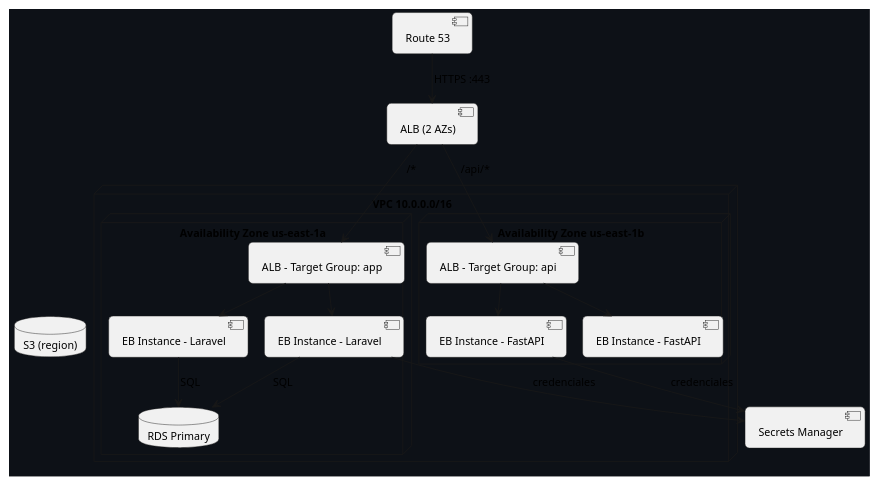
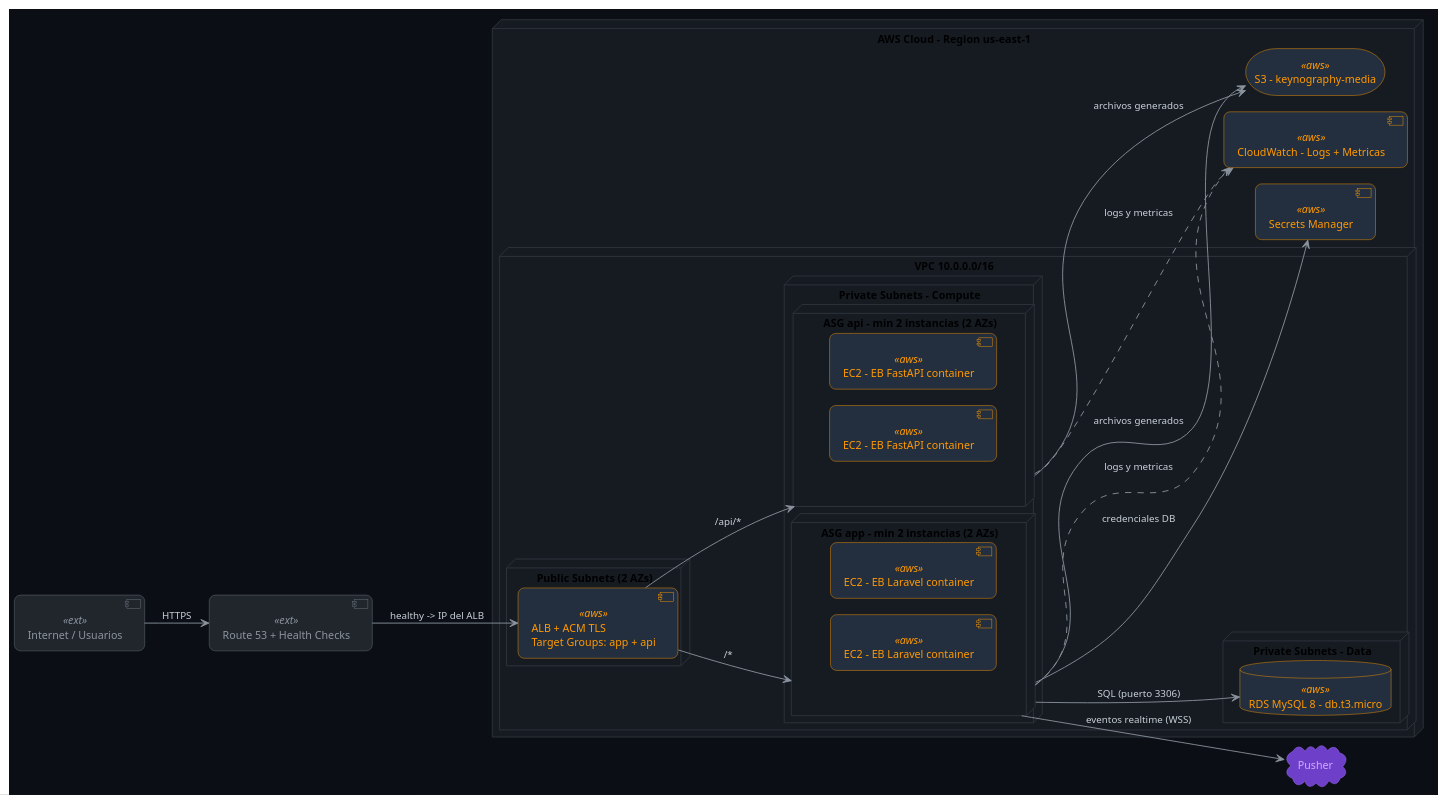
The fourth of 11 diagrams in docs/despliegue-multicloud.md (Aisaac123/KeyNography-), drawn with PlantUML before and after one commit. The commit also changed other lines of this file, not shown here.

Commit message:
diagrams docs fix

````diff
--- a/docs/despliegue-multicloud.md
+++ b/docs/despliegue-multicloud.md
@@ -212,42 +360,91 @@
 ```plantuml
-@startuml AWS - Topologia de Red y HA
+@startuml AWS - Topologia de Red y Alta Disponibilidad
+left to right direction
 !pragma layout smetana
-skinparam backgroundColor #0d1117
+skinparam backgroundColor #0B0E14
 skinparam shadowing false
 skinparam defaultFontName "Segoe UI"
 skinparam defaultFontSize 12
-skinparam roundcorner 10
-
-node "VPC 10.0.0.0/16" {
-  node "Availability Zone us-east-1a" {
-    component "ALB - Target Group: app" as tg1a
-    component "EB Instance - Laravel" as ec2a1
-    component "EB Instance - Laravel" as ec2a2
-    database "RDS Primary" as rds1
-  }
-  node "Availability Zone us-east-1b" {
-    component "ALB - Target Group: api" as tg2b
-    component "EB Instance - FastAPI" as ec2b1
-    component "EB Instance - FastAPI" as ec2b2
-  }
+skinparam roundcorner 14
+skinparam nodesep 35
+skinparam ranksep 50
+skinparam ArrowColor #8B949E
+skinparam ArrowFontColor #C9D1D9
+skinparam ArrowFontSize 11
+skinparam node {
+  BackgroundColor #161B22
+  BorderColor #30363D
+}
+skinparam component {
+  BackgroundColor #21262D
+  BorderColor #58A6FF
+  FontColor #C9D1D9
+}
+skinparam component<<aws>> {
+  BackgroundColor #232F3E
+  BorderColor #FF9900
+  FontColor #FF9900
+}
+skinparam database<<aws>> {
+  BackgroundColor #232F3E
+  BorderColor #FF9900
+  FontColor #FF9900
+}
+skinparam storage<<aws>> {
+  BackgroundColor #232F3E
+  BorderColor #FF9900
+  FontColor #FF9900
+}
+skinparam component<<ext>> {
+  BackgroundColor #21262D
+  BorderColor #6E7681
+  FontColor #8B949E
+}
+skinparam cloud {
+  BackgroundColor #6E40C9
+  BorderColor #A371F7
+  FontColor #D2A8FF
 }
 
-component "ALB (2 AZs)" as alb
-component "Route 53" as r53
-database "S3 (region)" as s3
-component "Secrets Manager" as sm
+component "Internet / Usuarios" as internet <<ext>>
+component "Route 53 + Health Checks" as r53 <<ext>>
 
-r53 --> alb : HTTPS :443
-alb --> tg1a : /*
-alb --> tg2b : /api/*
-tg1a --> ec2a1
-tg1a --> ec2a2
-tg2b --> ec2b1
-tg2b --> ec2b2
-ec2a1 --> rds1 : SQL
-ec2a2 --> rds1 : SQL
-ec2a1 --> sm : credenciales
-ec2b1 --> sm : credenciales
-s3 -[hidden]-> rds1
+node "AWS Cloud - Region us-east-1" {
+  node "VPC 10.0.0.0/16" {
+    node "Public Subnets (2 AZs)" {
+      component "ALB + ACM TLS\nTarget Groups: app + api" as alb <<aws>>
+    }
+    node "Private Subnets - Compute" {
+      node "ASG app - min 2 instancias (2 AZs)" as asg_app {
+        component "EC2 - EB Laravel container" as ec2app <<aws>>
+        component "EC2 - EB Laravel container" as ec2app2 <<aws>>
+      }
+      node "ASG api - min 2 instancias (2 AZs)" as asg_api {
+        component "EC2 - EB FastAPI container" as ec2api <<aws>>
+        component "EC2 - EB FastAPI container" as ec2api2 <<aws>>
+      }
+    }
+    node "Private Subnets - Data" {
+      database "RDS MySQL 8 - db.t3.micro" as rds <<aws>>
+    }
+  }
+  storage "S3 - keynography-media" as s3 <<aws>>
+  component "Secrets Manager" as sm <<aws>>
+  component "CloudWatch - Logs + Metricas" as cw <<aws>>
+}
+
+cloud "Pusher" as pusher
+
+internet --> r53 : HTTPS
+r53 --> alb : healthy -> IP del ALB
+alb --> asg_app : /*
+alb --> asg_api : /api/*
+asg_app --> rds : SQL (puerto 3306)
+asg_app --> sm : credenciales DB
+asg_app --> s3 : archivos generados
+asg_api --> s3 : archivos generados
+asg_app --> pusher : eventos realtime (WSS)
+asg_app ..> cw : logs y metricas
+asg_api ..> cw : logs y metricas
 @enduml
 ```
````
